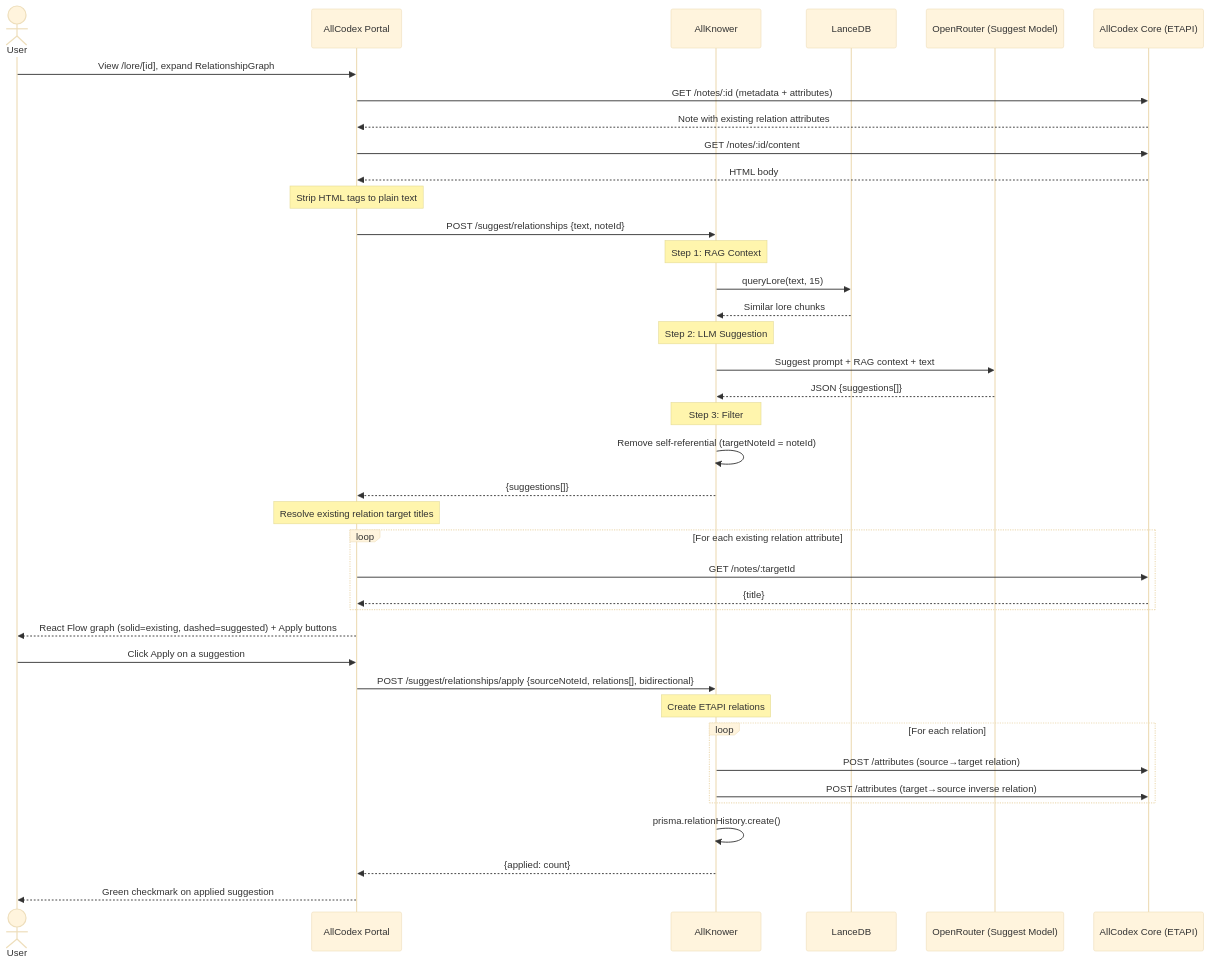
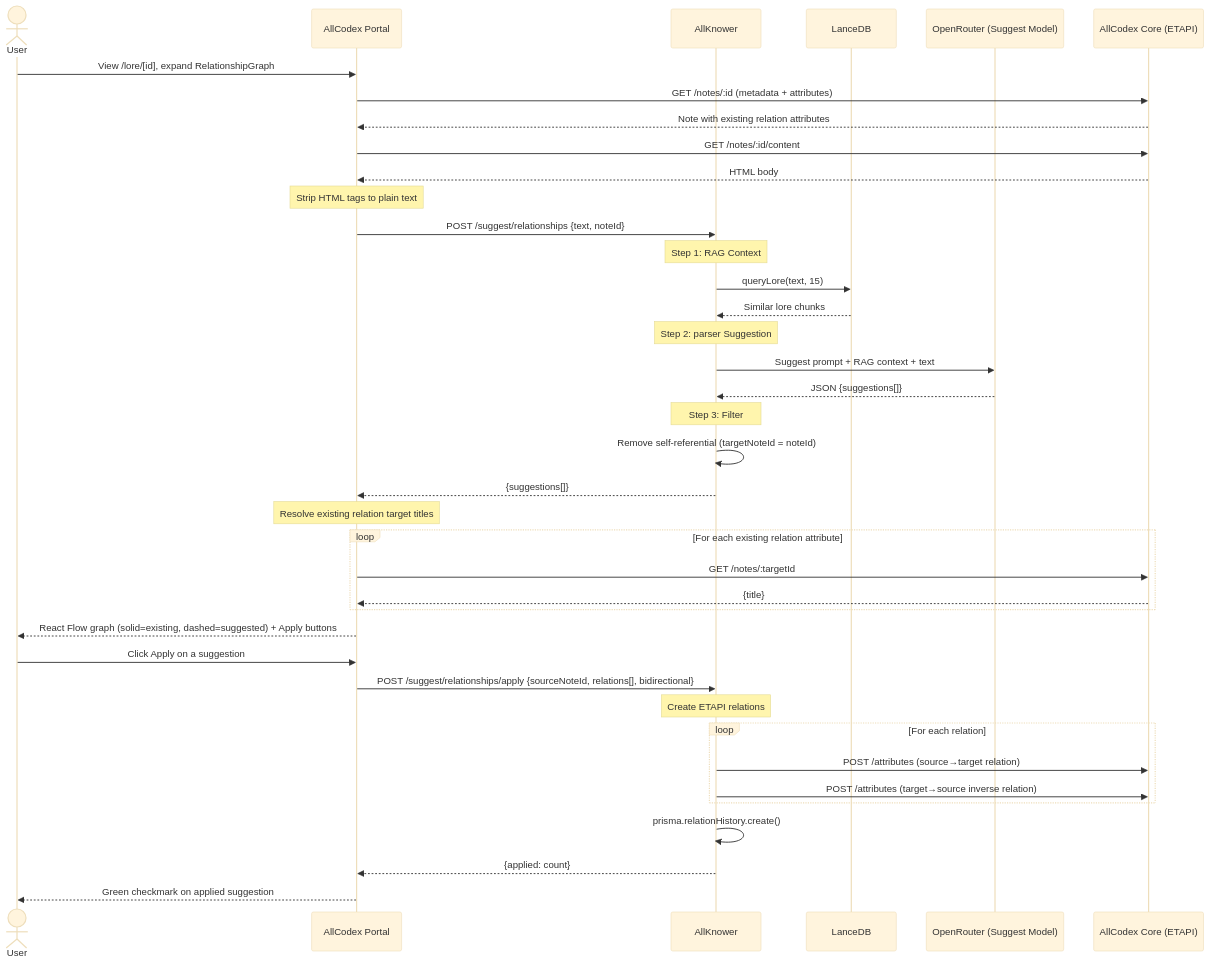
One commit to ThunderRonin/allcodex-docs changed the third of 3 diagrams in reference/architecture.md. Above: the diagram before and after it, drawn with Mermaid (base theme). The commit also changed other lines of this file and 30 other files, not shown here.

````diff
--- a/reference/architecture.md
+++ b/reference/architecture.md
@@ -1162,53 +1162,53 @@
 ```mermaid
 sequenceDiagram
     actor User
     participant Portal as AllCodex Portal
     participant AK as AllKnower
     participant LDB as LanceDB
-    participant LLM as OpenRouter (Suggest Model)
+    participant parser as OpenRouter (Suggest Model)
     participant AC as AllCodex Core (ETAPI)
 
     User->>Portal: View /lore/[id], expand RelationshipGraph
     Portal->>AC: GET /notes/:id (metadata + attributes)
     AC-->>Portal: Note with existing relation attributes
     Portal->>AC: GET /notes/:id/content
     AC-->>Portal: HTML body
 
     Note over Portal: Strip HTML tags to plain text
 
     Portal->>AK: POST /suggest/relationships {text, noteId}
 
     Note over AK: Step 1: RAG Context
     AK->>LDB: queryLore(text, 15)
     LDB-->>AK: Similar lore chunks
 
-    Note over AK: Step 2: LLM Suggestion
-    AK->>LLM: Suggest prompt + RAG context + text
-    LLM-->>AK: JSON {suggestions[]}
+    Note over AK: Step 2: parser Suggestion
+    AK->>parser: Suggest prompt + RAG context + text
+    parser-->>AK: JSON {suggestions[]}
 
     Note over AK: Step 3: Filter
     AK->>AK: Remove self-referential (targetNoteId = noteId)
 
     AK-->>Portal: {suggestions[]}
 
     Note over Portal: Resolve existing relation target titles
     loop For each existing relation attribute
         Portal->>AC: GET /notes/:targetId
         AC-->>Portal: {title}
     end
 
     Portal-->>User: React Flow graph (solid=existing, dashed=suggested) + Apply buttons
 
     User->>Portal: Click Apply on a suggestion
     Portal->>AK: POST /suggest/relationships/apply {sourceNoteId, relations[], bidirectional}
 
     Note over AK: Create ETAPI relations
     loop For each relation
         AK->>AC: POST /attributes (source→target relation)
         AK->>AC: POST /attributes (target→source inverse relation)
     end
     AK->>AK: prisma.relationHistory.create()
 
     AK-->>Portal: {applied: count}
     Portal-->>User: Green checkmark on applied suggestion
 ```
````
